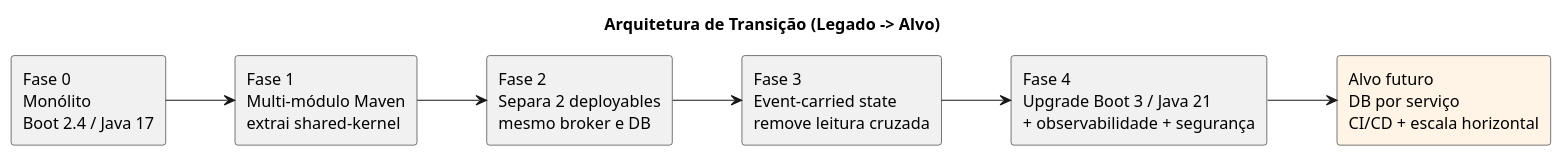
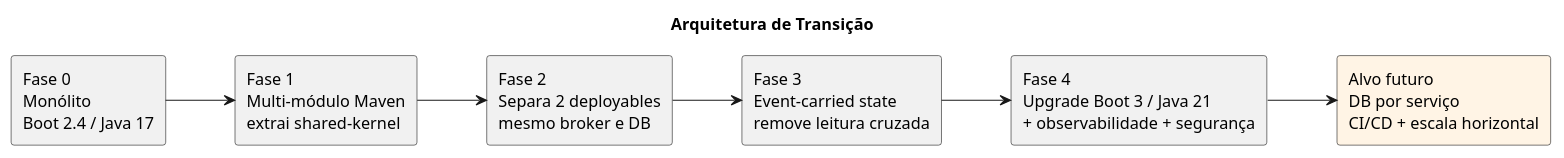
Before and after one commit to carlosmachado/cash-flow-control: the diagram in docs/diagrams/transition-phases.puml, drawn with PlantUML. The commit also changed 35 other files, not shown here.

```diff
--- a/docs/diagrams/transition-phases.puml
+++ b/docs/diagrams/transition-phases.puml
@@ -1,20 +1,20 @@
 @startuml transition-phases
-title Arquitetura de Transição (Legado -> Alvo)
+title Arquitetura de Transição
 
 skinparam shadowing false
 left to right direction
 
 rectangle "Fase 0\nMonólito\nBoot 2.4 / Java 17" as F0
 rectangle "Fase 1\nMulti-módulo Maven\nextrai shared-kernel" as F1
 rectangle "Fase 2\nSepara 2 deployables\nmesmo broker e DB" as F2
 rectangle "Fase 3\nEvent-carried state\nremove leitura cruzada" as F3
 rectangle "Fase 4\nUpgrade Boot 3 / Java 21\n+ observabilidade + segurança" as F4
 rectangle "Alvo futuro\nDB por serviço\nCI/CD + escala horizontal" as F5 #FFF4E5
 
 F0 --> F1
 F1 --> F2
 F2 --> F3
 F3 --> F4
 F4 --> F5
 
 @enduml
```
